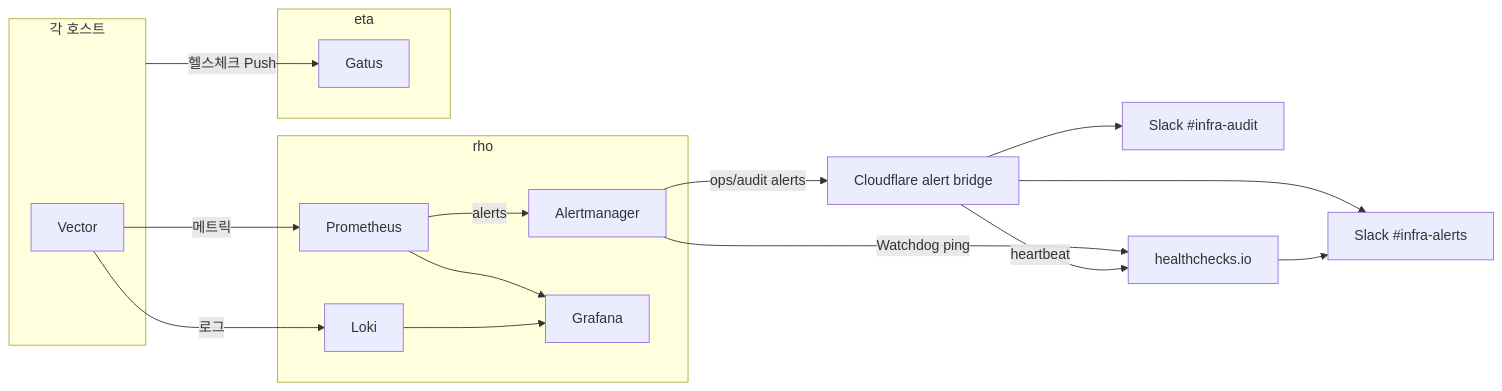
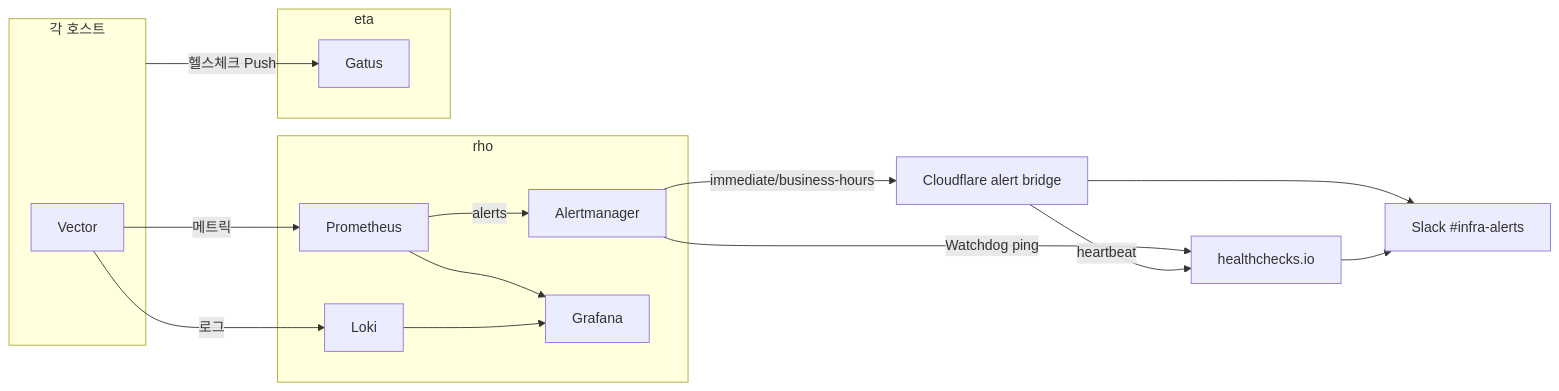
Before and after one commit to SBEE-Lab/infra: the diagram in docs/admin/monitoring.md, drawn with Mermaid. The commit also changed other lines of this file and 4 other files, not shown here.

````diff
--- a/docs/admin/monitoring.md
+++ b/docs/admin/monitoring.md
@@ -72,35 +73,33 @@
 ```mermaid
 flowchart LR
   subgraph hosts["각 호스트"]
     vec["Vector"]
   end
 
   subgraph rho["rho"]
     prom["Prometheus"]
     loki["Loki"]
     alertmanager["Alertmanager"]
     graf["Grafana"]
   end
 
   subgraph eta["eta"]
     gatus["Gatus"]
   end
 
   bridge["Cloudflare alert bridge"]
   slack_alerts["Slack #infra-alerts"]
-  slack_audit["Slack #infra-audit"]
   healthchecks["healthchecks.io"]
 
   vec -- "메트릭" --> prom
   vec -- "로그" --> loki
   prom --> graf
   loki --> graf
   prom -- "alerts" --> alertmanager
-  alertmanager -- "ops/audit alerts" --> bridge
+  alertmanager -- "immediate/business-hours" --> bridge
   bridge --> slack_alerts
-  bridge --> slack_audit
   alertmanager -- "Watchdog ping" --> healthchecks
   bridge -- "heartbeat" --> healthchecks
   healthchecks --> slack_alerts
   hosts -- "헬스체크 Push" --> gatus
 ```
````
